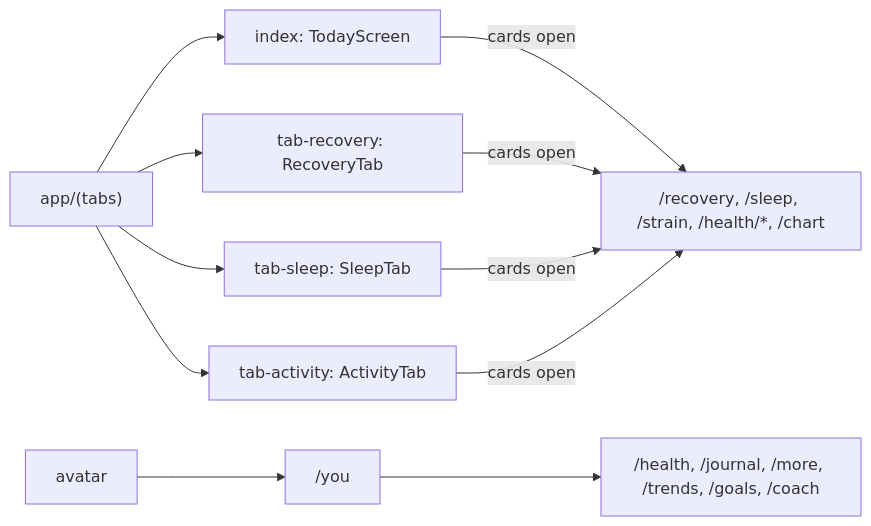
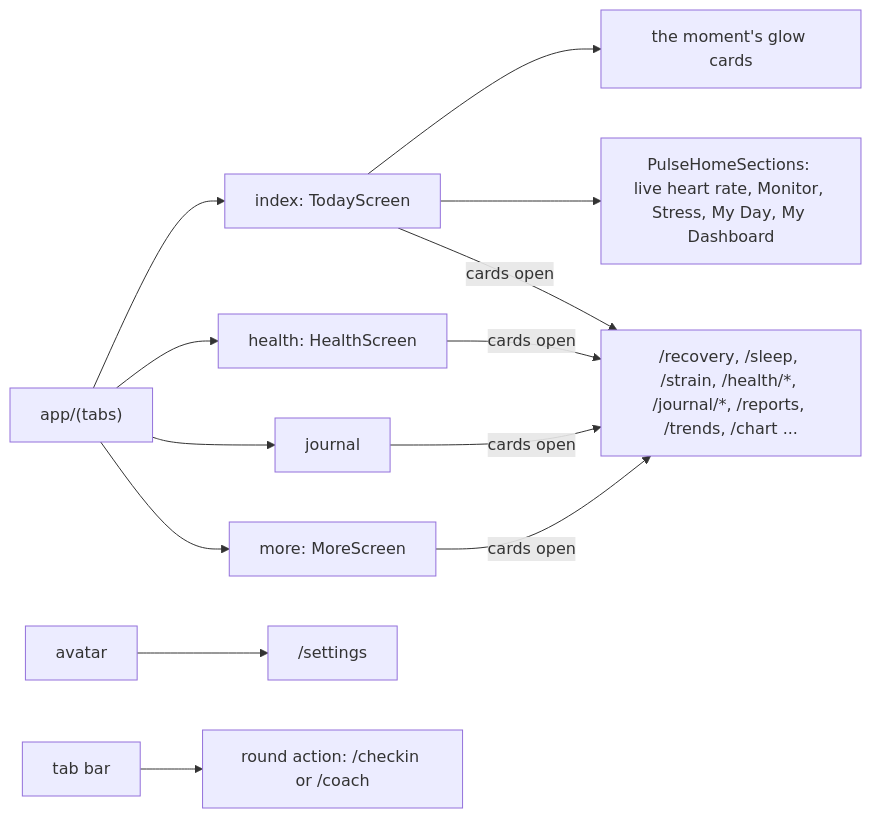
Before and after one commit to hrushabhNano/fitbit-pulse-mobile: the diagram in docs/design/glow.md, drawn with Mermaid. The commit also changed other lines of this file and 21 other files, not shown here.

First line of the commit message:
feat(nav): Pulse's four tabs and its whole Home, in the glow design

````diff
--- a/docs/design/glow.md
+++ b/docs/design/glow.md
@@ -24,9 +24,11 @@
 ```mermaid
 flowchart LR
-  T["app/(tabs)"] --> Today["index: TodayScreen"]
-  T --> R["tab-recovery: RecoveryTab"]
-  T --> S["tab-sleep: SleepTab"]
-  T --> A["tab-activity: ActivityTab"]
-  Today & R & S & A -->|"cards open"| D["/recovery, /sleep, /strain, /health/*, /chart"]
-  Avatar["avatar"] --> You["/you"] --> H["/health, /journal, /more, /trends, /goals, /coach"]
+  T["app/(tabs)"] --> Home["index: TodayScreen"]
+  T --> H["health: HealthScreen"]
+  T --> J["journal"]
+  T --> M["more: MoreScreen"]
+  Home --> Hero["the moment's glow cards"] & P["PulseHomeSections: live heart rate, Monitor, Stress, My Day, My Dashboard"]
+  Home & H & J & M -->|"cards open"| D["/recovery, /sleep, /strain, /health/*, /journal/*, /reports, /trends, /chart ..."]
+  Avatar["avatar"] --> S["/settings"]
+  Bar["tab bar"] --> C["round action: /checkin or /coach"]
 ```
````
